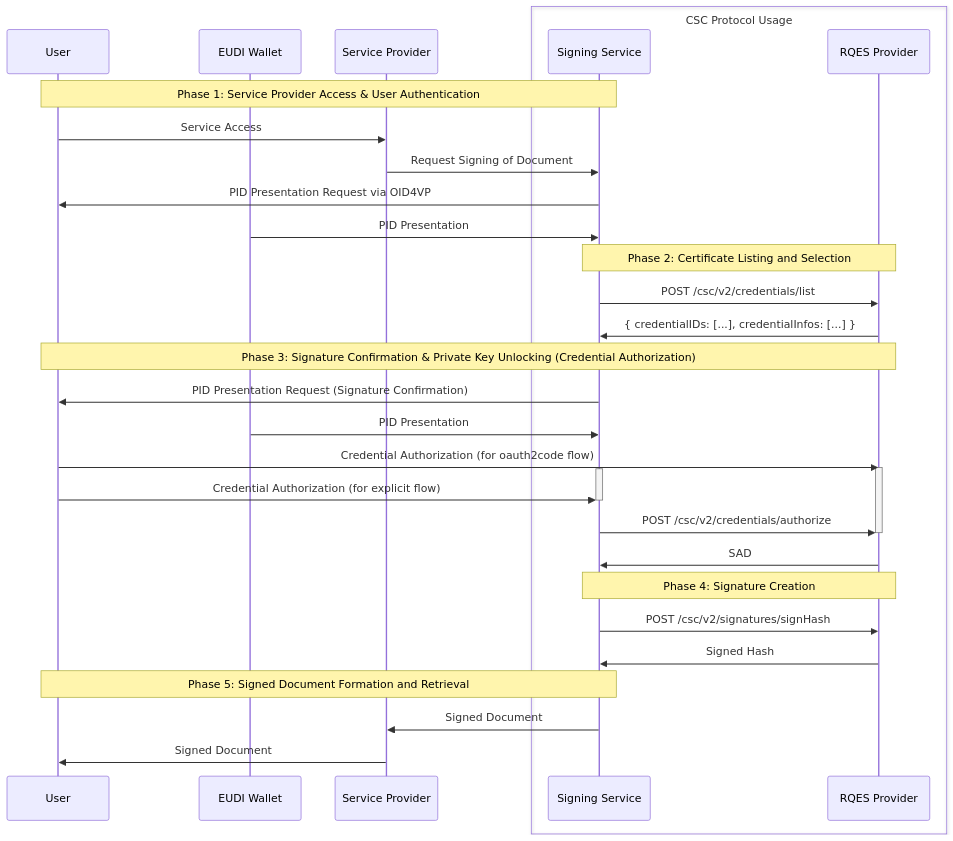
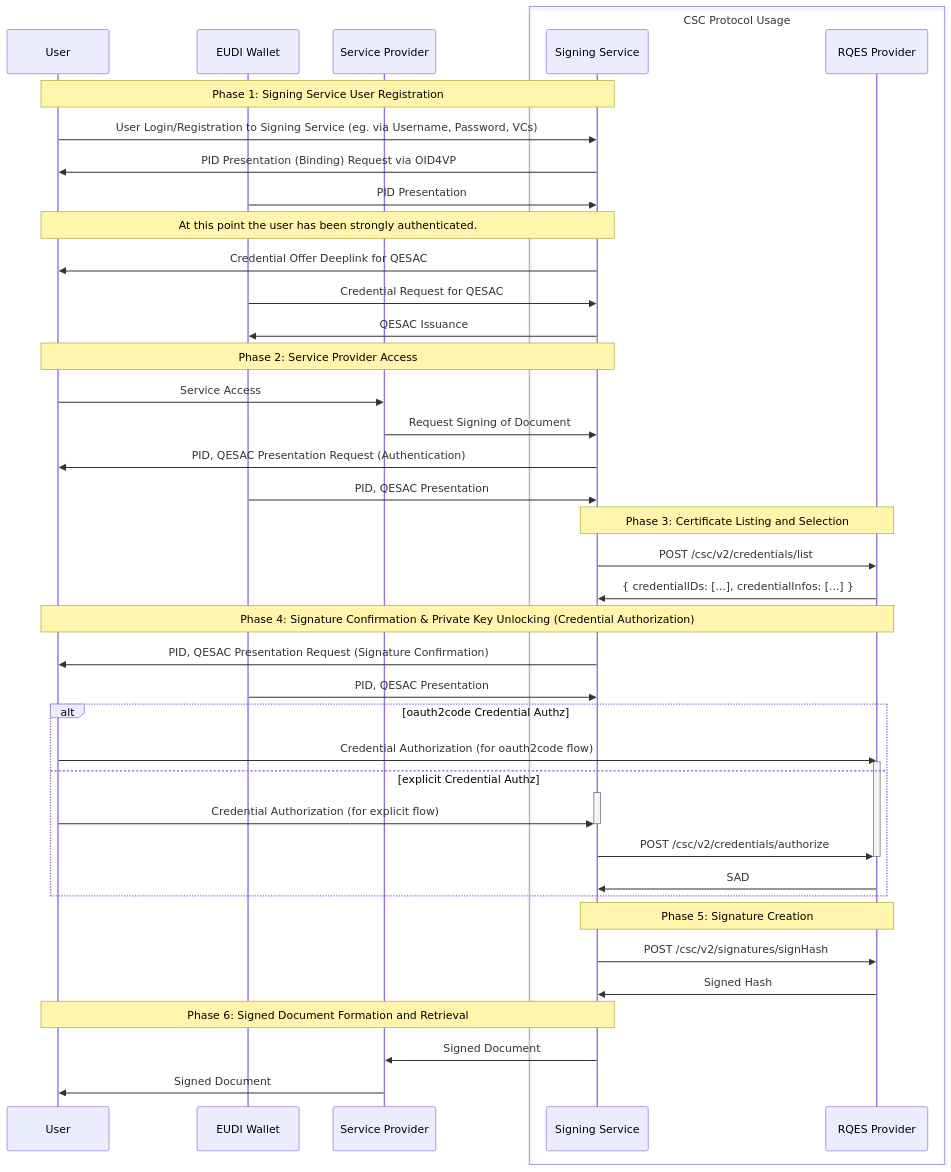
One commit to EWC-consortium/eudi-wallet-rfcs changed the first of 7 diagrams in ewc-rfc010-long-term-certifice-qes-creation.md. Above: the diagram before and after it, drawn with Mermaid. The commit also changed other lines of this file, not shown here.

````diff
--- a/ewc-rfc010-long-term-certifice-qes-creation.md
+++ b/ewc-rfc010-long-term-certifice-qes-creation.md
@@ -83,44 +84,57 @@
 ```mermaid
    sequenceDiagram
     participant User
     participant EUDI Wallet
     participant Service Provider
     box CSC Protocol Usage
     participant Signing Service
     participant RQES Provider
     end
+    
+    Note over User, Signing Service: Phase 1: Signing Service User Registration
+    User->>Signing Service: User Login/Registration to Signing Service (eg. via Username, Password, VCs)
+    Signing Service->>User: PID Presentation (Binding) Request via OID4VP
+    EUDI Wallet->>Signing Service: PID Presentation
+    Note over User, Signing Service: At this point the user has been strongly authenticated.
 
-    Note over User, Signing Service: Phase 1: Service Provider Access & User Authentication
+    Signing Service->>User: Credential Offer Deeplink for QESAC
+    EUDI Wallet->>Signing Service: Credential Request for QESAC
+    Signing Service->>EUDI Wallet: QESAC Issuance
+
+    Note over User, Signing Service: Phase 2: Service Provider Access
     User->>Service Provider: Service Access
     Service Provider->>Signing Service: Request Signing of Document
-    Signing Service->>User: PID Presentation Request via OID4VP
-    EUDI Wallet->>Signing Service: PID Presentation
+    Signing Service->>User: PID, QESAC Presentation Request (Authentication)
+    EUDI Wallet->>Signing Service: PID, QESAC Presentation
 
-    Note over Signing Service, RQES Provider: Phase 2: Certificate Listing and Selection
+    Note over Signing Service, RQES Provider: Phase 3: Certificate Listing and Selection
     Signing Service->>RQES Provider: POST /csc/v2/credentials/list
     RQES Provider->>Signing Service: { credentialIDs: [...], credentialInfos: [...] }
 
-    Note over User, RQES Provider: Phase 3: Signature Confirmation & Private Key Unlocking (Credential Authorization)
-    Signing Service->>User: PID Presentation Request (Signature Confirmation)
-    EUDI Wallet->>Signing Service: PID Presentation
+    Note over User, RQES Provider: Phase 4: Signature Confirmation & Private Key Unlocking (Credential Authorization)
+    Signing Service->>User: PID, QESAC Presentation Request (Signature Confirmation)
+    EUDI Wallet->>Signing Service: PID, QESAC Presentation
 
-    
+    alt oauth2code Credential Authz
     User->>RQES Provider: Credential Authorization (for oauth2code flow)
     activate RQES Provider
+    else explicit Credential Authz
     activate Signing Service
     User->>Signing Service: Credential Authorization (for explicit flow)
     deactivate Signing Service
+    
     
 
     Signing Service->>RQES Provider: POST /csc/v2/credentials/authorize
     deactivate RQES Provider
     RQES Provider->>Signing Service: SAD
+    end
 
-    Note over Signing Service, RQES Provider: Phase 4: Signature Creation
+    Note over Signing Service, RQES Provider: Phase 5: Signature Creation
     Signing Service->>RQES Provider: POST /csc/v2/signatures/signHash
     RQES Provider->>Signing Service: Signed Hash
 
-    Note over User, Signing Service: Phase 5: Signed Document Formation and Retrieval
+    Note over User, Signing Service: Phase 6: Signed Document Formation and Retrieval
     Signing Service->>Service Provider: Signed Document
     Service Provider->>User: Signed Document
 ```
````
